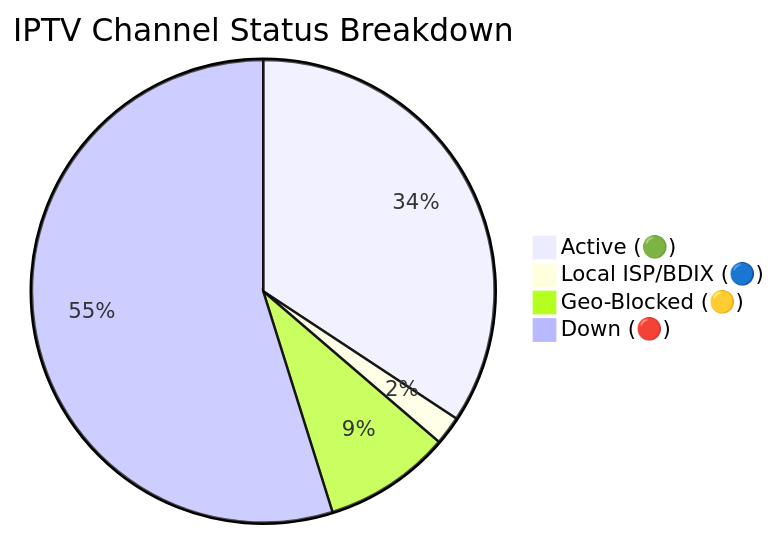
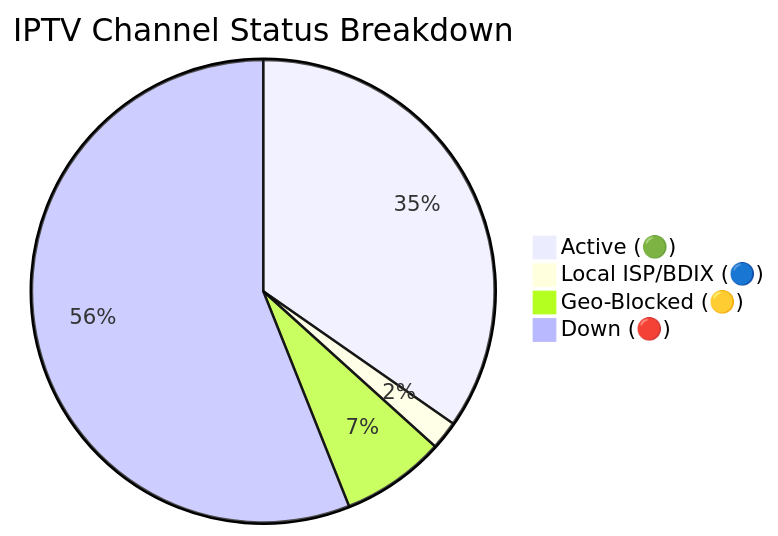
The diagram in README.md (andreataylord/Ip-tv-Collection), drawn with Mermaid before and after one commit. The commit also changed other lines of this file and 1 other file, not shown here.

Commit message:
docs(readme): auto-update daily channel status chart

````diff
--- a/README.md
+++ b/README.md
@@ -59,7 +59,7 @@
 ```mermaid
 pie title IPTV Channel Status Breakdown
-    "Active (🟢)" : 2189
+    "Active (🟢)" : 2215
     "Local ISP/BDIX (🔵)" : 128
-    "Geo-Blocked (🟡)" : 567
-    "Down (🔴)" : 3502
+    "Geo-Blocked (🟡)" : 464
+    "Down (🔴)" : 3579
 ```
````
